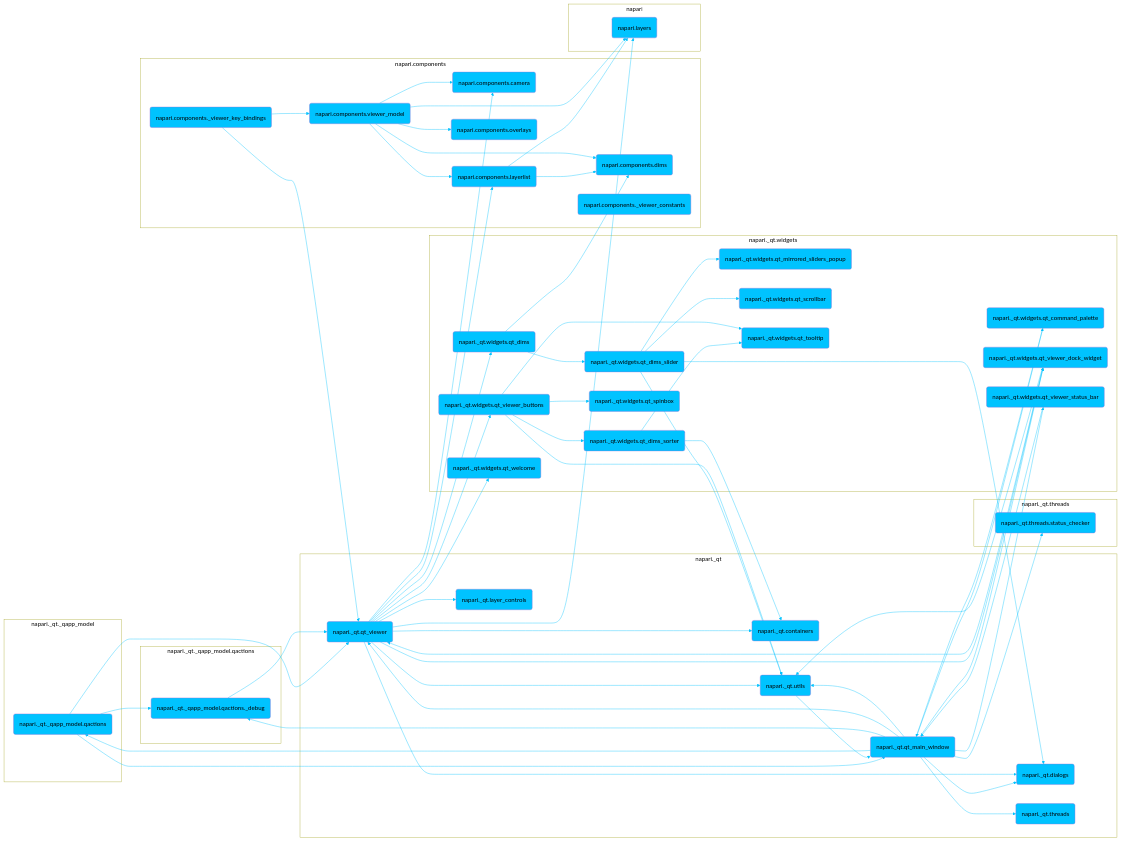
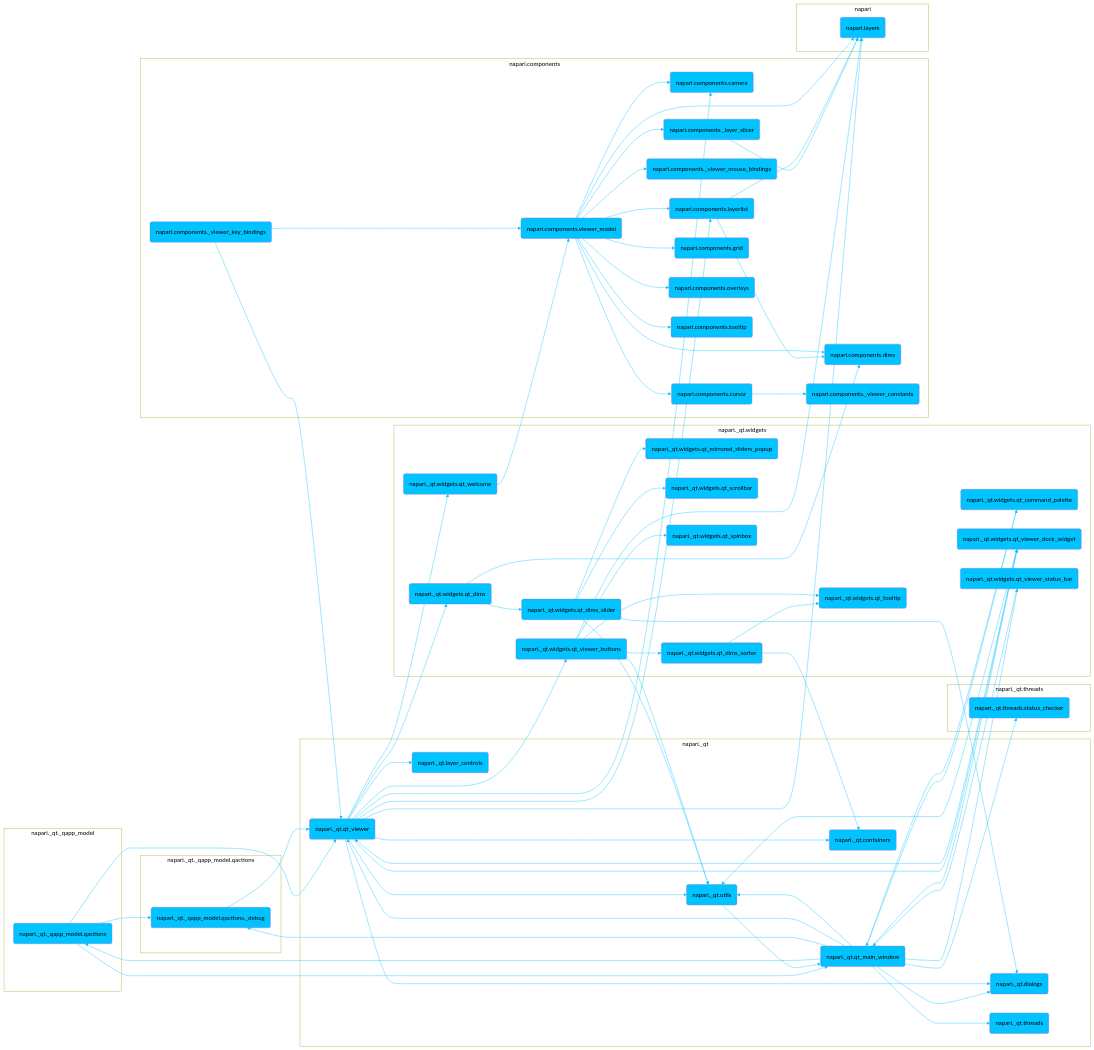
Before and after one commit to napari/napari.github.io: the diagram in dev/_sources/developers/architecture/ui_sections/viewer_ui.md, drawn with Mermaid. The commit also changed other lines of this file and 737 other files, not shown here.

```diff
--- a/dev/_sources/developers/architecture/ui_sections/viewer_ui.md
+++ b/dev/_sources/developers/architecture/ui_sections/viewer_ui.md
@@ -80,6 +80,7 @@
 	napari._qt.widgets.qt_viewer_buttons --> napari._qt.widgets.qt_dims_sorter
 	napari._qt.widgets.qt_viewer_buttons --> napari._qt.widgets.qt_spinbox
 	napari._qt.widgets.qt_viewer_buttons --> napari._qt.widgets.qt_tooltip
+	napari._qt.widgets.qt_viewer_buttons --> napari.layers
 	click napari._qt.widgets.qt_viewer_buttons "https://github.com/napari/napari/tree/main/napari/_qt/widgets/qt_viewer_buttons.py" _blank
 	napari._qt.widgets.qt_viewer_dock_widget(napari._qt.widgets.qt_viewer_dock_widget)
 	napari._qt.widgets.qt_viewer_dock_widget --> napari._qt.qt_viewer
@@ -89,28 +90,46 @@
 	napari._qt.widgets.qt_viewer_status_bar --> napari._qt.qt_main_window
 	click napari._qt.widgets.qt_viewer_status_bar "https://github.com/napari/napari/tree/main/napari/_qt/widgets/qt_viewer_status_bar.py" _blank
 	napari._qt.widgets.qt_welcome(napari._qt.widgets.qt_welcome)
+	napari._qt.widgets.qt_welcome --> napari.components.viewer_model
 	click napari._qt.widgets.qt_welcome "https://github.com/napari/napari/tree/main/napari/_qt/widgets/qt_welcome.py" _blank
+	napari.components._layer_slicer(napari.components._layer_slicer)
+	napari.components._layer_slicer --> napari.layers
+	click napari.components._layer_slicer "https://github.com/napari/napari/tree/main/napari/components/_layer_slicer.py" _blank
 	napari.components._viewer_constants(napari.components._viewer_constants)
 	click napari.components._viewer_constants "https://github.com/napari/napari/tree/main/napari/components/_viewer_constants.py" _blank
 	napari.components._viewer_key_bindings(napari.components._viewer_key_bindings)
 	napari.components._viewer_key_bindings --> napari._qt.qt_viewer
 	napari.components._viewer_key_bindings --> napari.components.viewer_model
 	click napari.components._viewer_key_bindings "https://github.com/napari/napari/tree/main/napari/components/_viewer_key_bindings.py" _blank
+	napari.components._viewer_mouse_bindings(napari.components._viewer_mouse_bindings)
+	click napari.components._viewer_mouse_bindings "https://github.com/napari/napari/tree/main/napari/components/_viewer_mouse_bindings.py" _blank
 	napari.components.camera(napari.components.camera)
 	click napari.components.camera "https://github.com/napari/napari/tree/main/napari/components/camera.py" _blank
+	napari.components.cursor(napari.components.cursor)
+	napari.components.cursor --> napari.components._viewer_constants
+	click napari.components.cursor "https://github.com/napari/napari/tree/main/napari/components/cursor.py" _blank
 	napari.components.dims(napari.components.dims)
 	click napari.components.dims "https://github.com/napari/napari/tree/main/napari/components/dims.py" _blank
+	napari.components.grid(napari.components.grid)
+	click napari.components.grid "https://github.com/napari/napari/tree/main/napari/components/grid.py" _blank
 	napari.components.layerlist(napari.components.layerlist)
 	napari.components.layerlist --> napari.components.dims
 	napari.components.layerlist --> napari.layers
 	click napari.components.layerlist "https://github.com/napari/napari/tree/main/napari/components/layerlist.py" _blank
 	napari.components.overlays(napari.components.overlays)
 	click napari.components.overlays "https://github.com/napari/napari/tree/main/napari/components/overlays/__init__.py" _blank
+	napari.components.tooltip(napari.components.tooltip)
+	click napari.components.tooltip "https://github.com/napari/napari/tree/main/napari/components/tooltip.py" _blank
 	napari.components.viewer_model(napari.components.viewer_model)
+	napari.components.viewer_model --> napari.components._layer_slicer
+	napari.components.viewer_model --> napari.components._viewer_mouse_bindings
 	napari.components.viewer_model --> napari.components.camera
+	napari.components.viewer_model --> napari.components.cursor
 	napari.components.viewer_model --> napari.components.dims
+	napari.components.viewer_model --> napari.components.grid
 	napari.components.viewer_model --> napari.components.layerlist
 	napari.components.viewer_model --> napari.components.overlays
+	napari.components.viewer_model --> napari.components.tooltip
 	napari.components.viewer_model --> napari.layers
 	click napari.components.viewer_model "https://github.com/napari/napari/tree/main/napari/components/viewer_model.py" _blank
 	napari.layers(napari.layers)
@@ -153,12 +172,17 @@
 	end
 	class module.napari._qt.widgets subgraphs
 	subgraph module.napari.components[napari.components]
+		 napari.components._layer_slicer
 		 napari.components._viewer_constants
 		 napari.components._viewer_key_bindings
+		 napari.components._viewer_mouse_bindings
 		 napari.components.camera
+		 napari.components.cursor
 		 napari.components.dims
+		 napari.components.grid
 		 napari.components.layerlist
 		 napari.components.overlays
+		 napari.components.tooltip
 		 napari.components.viewer_model
 	end
 	class module.napari.components subgraphs
```
